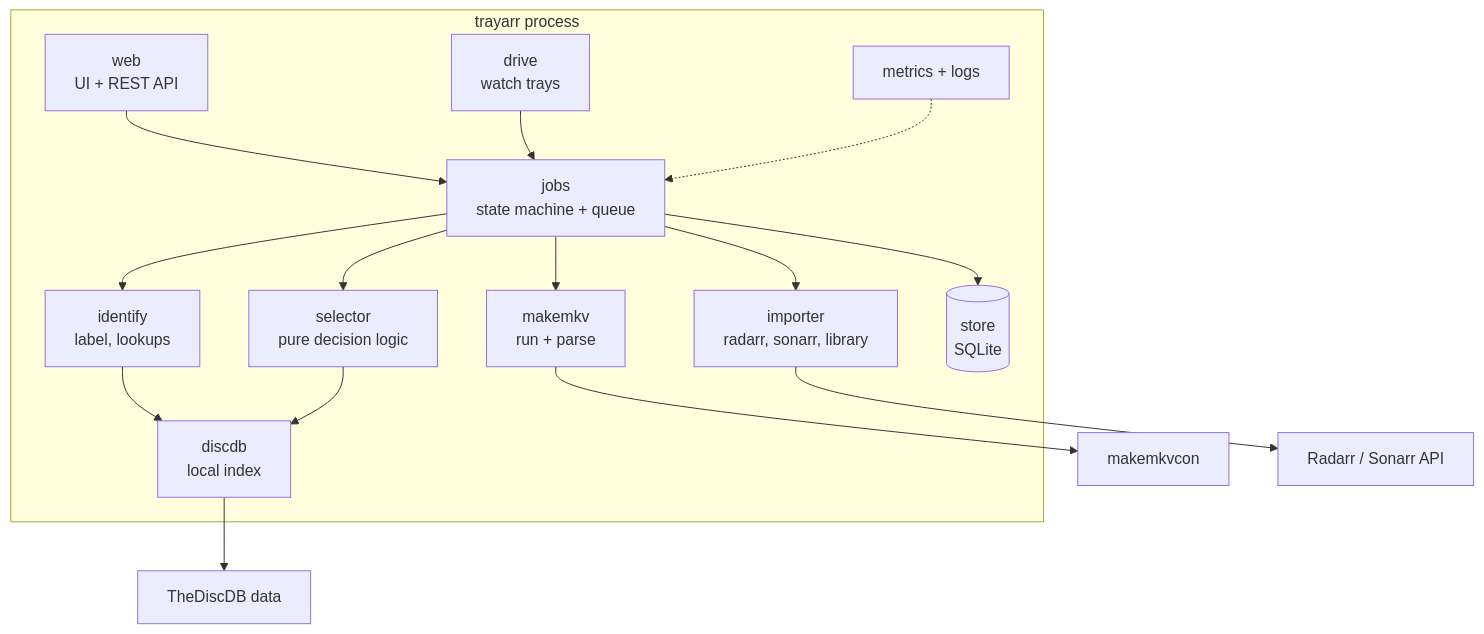
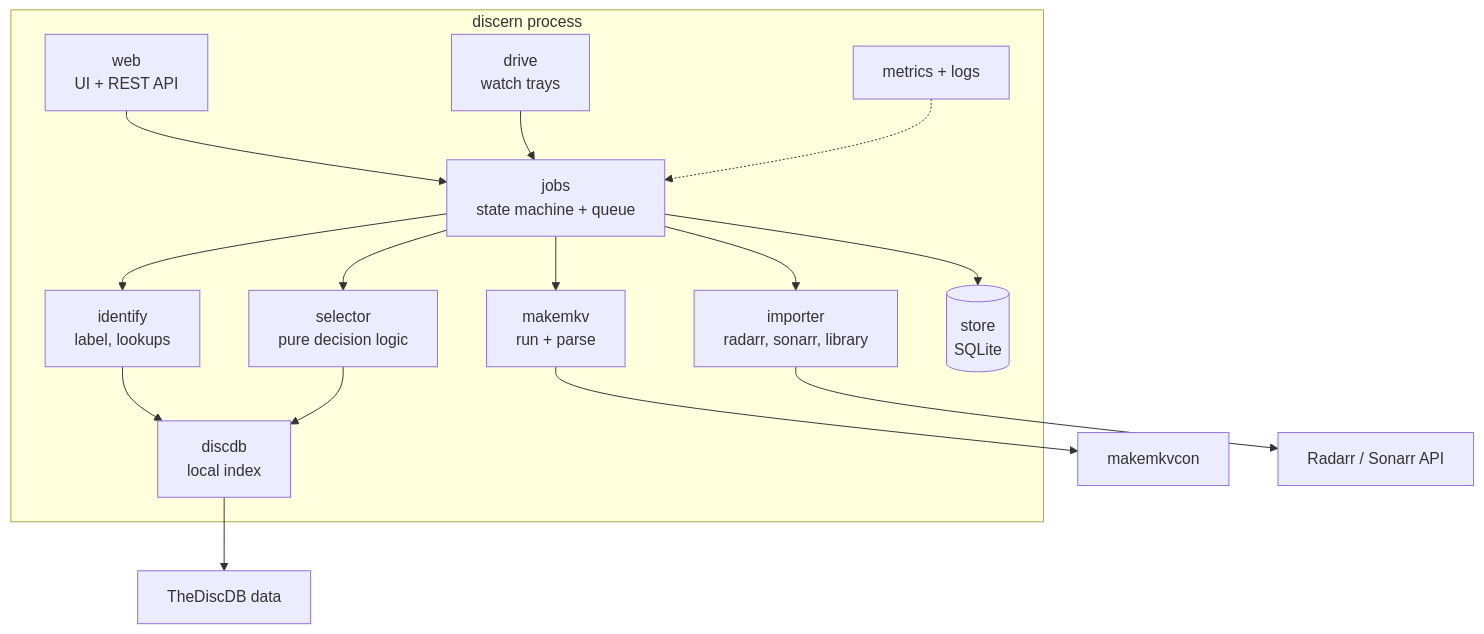
Before and after one commit to danvanton/discern: the second of 4 diagrams in docs/DESIGN.md, drawn with Mermaid. The commit also changed other lines of this file and 50 other files, not shown here.

First line of the commit message:
Rename the project from Trayarr to Discern

````diff
--- a/docs/DESIGN.md
+++ b/docs/DESIGN.md
@@ -88,21 +88,21 @@
 ```mermaid
 flowchart TB
-    subgraph trayarr [trayarr process]
+    subgraph discern [discern process]
       WEB[web<br/>UI + REST API] --> JOBS
       DRV[drive<br/>watch trays] --> JOBS
       JOBS[jobs<br/>state machine + queue] --> MKV
       JOBS --> IDN
       JOBS --> SEL
       JOBS --> IMP
       IDN[identify<br/>label, lookups] --> DDB
       SEL[selector<br/>pure decision logic] --> DDB
       DDB[discdb<br/>local index]
       MKV[makemkv<br/>run + parse]
       IMP[importer<br/>radarr, sonarr, library]
       JOBS --> STORE[(store<br/>SQLite)]
       MET[metrics + logs] -.-> JOBS
     end
     MKV --> BIN[makemkvcon]
     IMP --> ARR[Radarr / Sonarr API]
     DDB --> GIT[TheDiscDB data]
 ```
````
